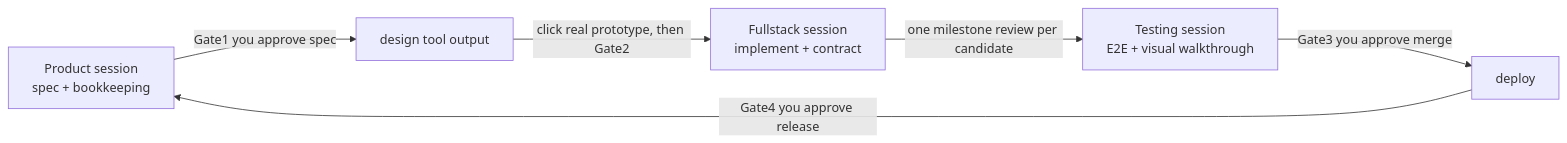
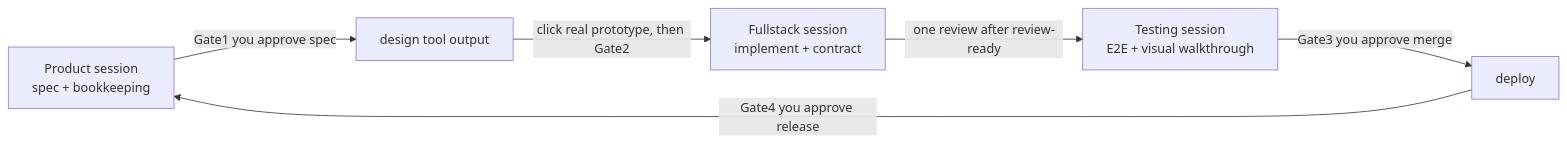
The diagram in README.en.md (HaiYangBG1/BuildBeat), drawn with Mermaid before and after one commit. The commit also changed other lines of this file and 14 other files, not shown here.

````diff
--- a/README.en.md
+++ b/README.en.md
@@ -85,8 +85,8 @@
 ```mermaid
 flowchart LR
     PM["Product session<br/>spec + bookkeeping"] -->|"Gate1 you approve spec"| Design["design tool output"]
     Design -->|"click real prototype, then Gate2"| Deliver["Fullstack session<br/>implement + contract"]
-    Deliver -->|"one milestone review per candidate"| Verify["Testing session<br/>E2E + visual walkthrough"]
+    Deliver -->|"one review after review-ready"| Verify["Testing session<br/>E2E + visual walkthrough"]
     Verify -->|"Gate3 you approve merge"| Deploy["deploy"]
     Deploy -->|"Gate4 you approve release"| PM
 ```
````
